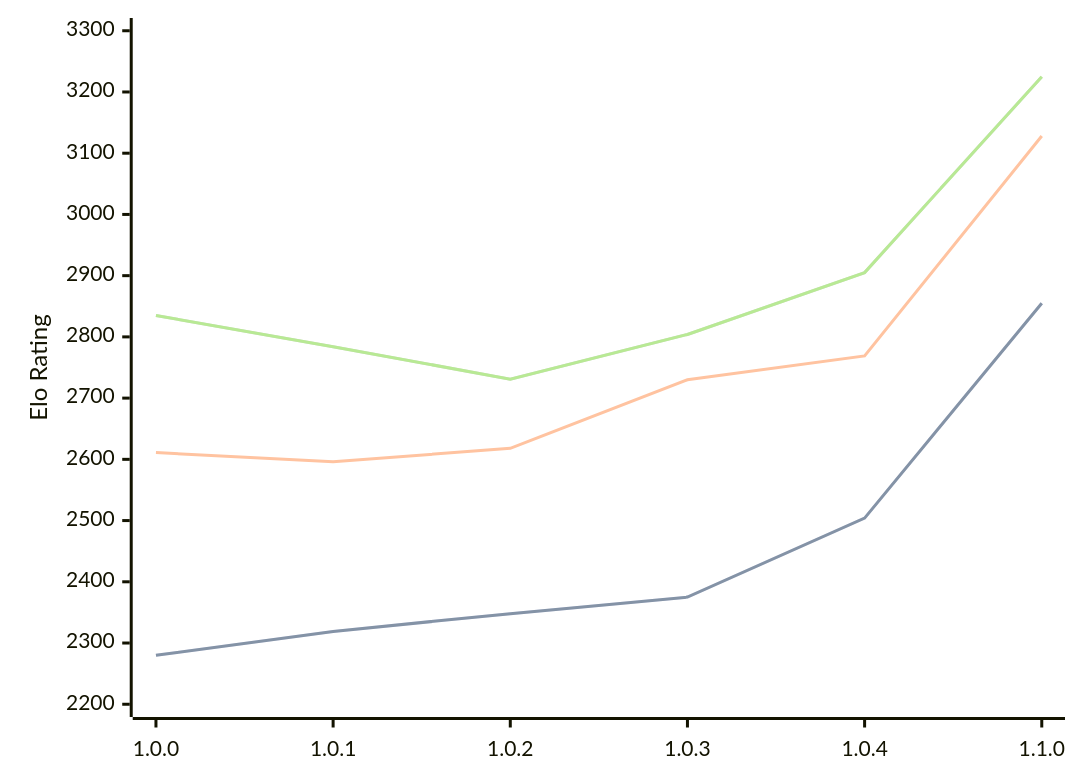
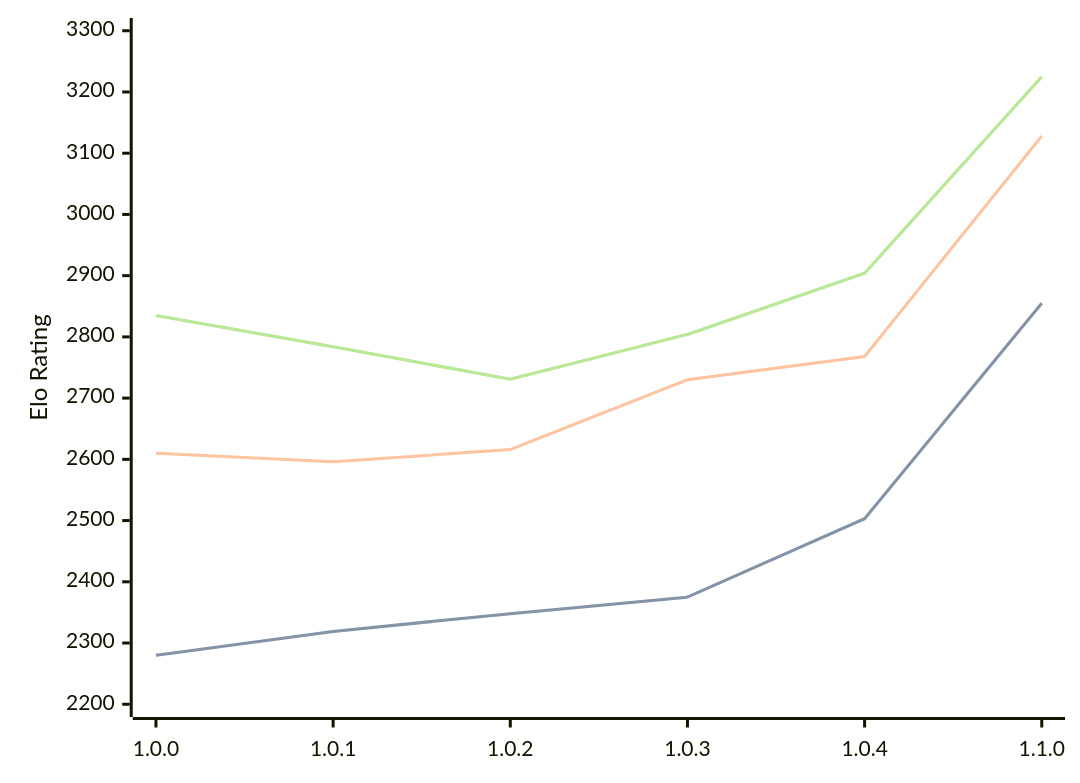
The diagram in engines/Grail.md (computer-chess-index/cci), drawn with Mermaid before and after one commit. The commit also changed other lines of this file, not shown here.

Commit message:
Update CCI Ratings (ELO VLTC) - 2026-05-07

````diff
--- a/engines/Grail.md
+++ b/engines/Grail.md
@@ -36,11 +36,11 @@
 ```mermaid
 %%{init: {"theme":"base","themeVariables":{"seriesColors:['#a3a3a3','#222221','#faa371']}}}%%
 xychart-beta
   x-axis ["1.0.0", "1.0.1", "1.0.2", "1.0.3", "1.0.4", "1.1.0"]
   y-axis "Elo Rating" 2200 --> 3300
-  line "STC (8.0+0.08s)" [2280, 2319, 2348, 2375, 2504, 2855]
-  line "STC (8.0+0.08s)" [2280, 2319, 2348, 2375, 2504, 2855]
-  line "LTC (60.0+0.60s)" [2611, 2596, 2618, 2730, 2769, 3128]
-  line "VLTC (2m24s+1.12s)" [2835, 2784, 2731, 2804, 2905, 3225]
-  line "VLTC (2m24s+1.12s)" [2835, 2784, 2731, 2804, 2905, 3225]
+  line "STC (8.0+0.08s)" [2280, 2319, 2348, 2375, 2503, 2855]
+  line "STC (8.0+0.08s)" [2280, 2319, 2348, 2375, 2503, 2855]
+  line "LTC (60.0+0.60s)" [2610, 2596, 2616, 2730, 2768, 3128]
+  line "VLTC (2m24s+1.12s)" [2835, 2784, 2731, 2804, 2904, 3225]
+  line "VLTC (2m24s+1.12s)" [2835, 2784, 2731, 2804, 2904, 3225]
 ```
````
